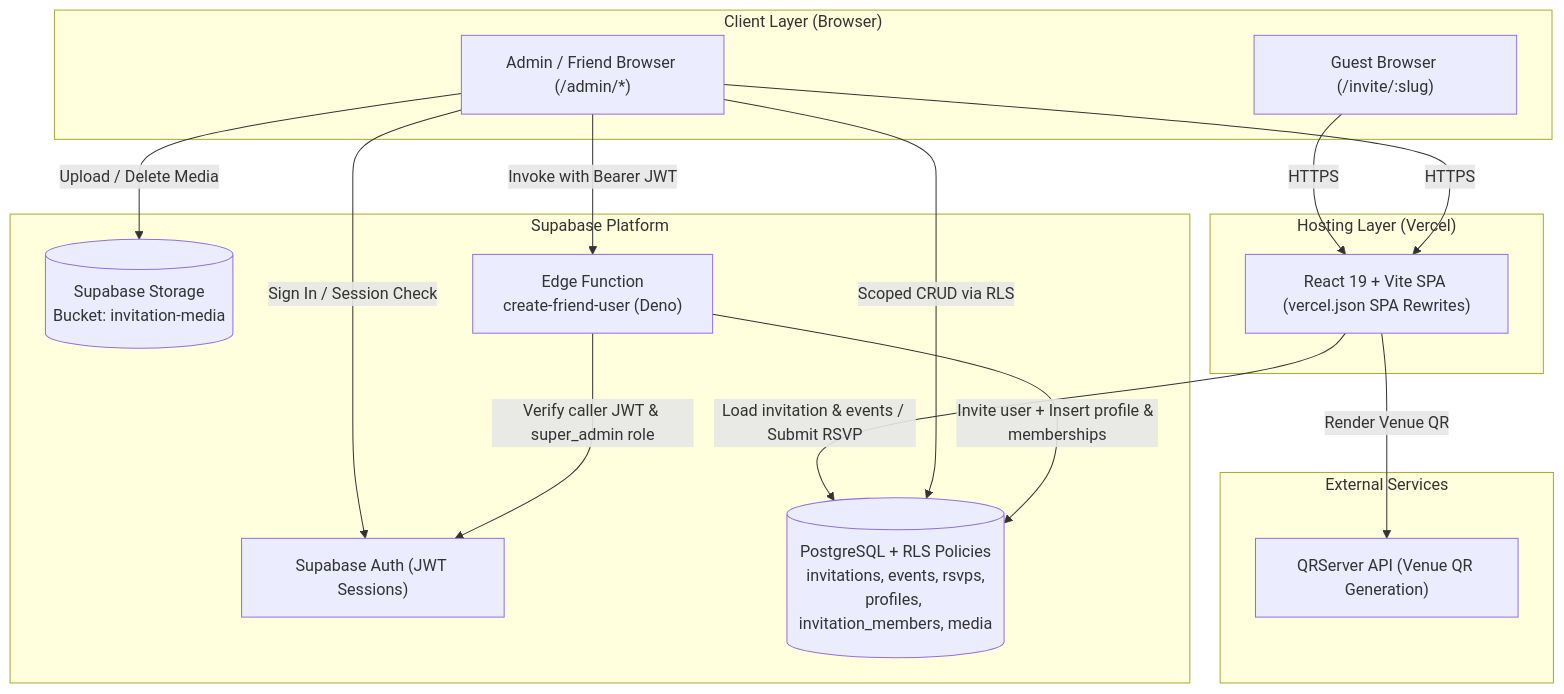
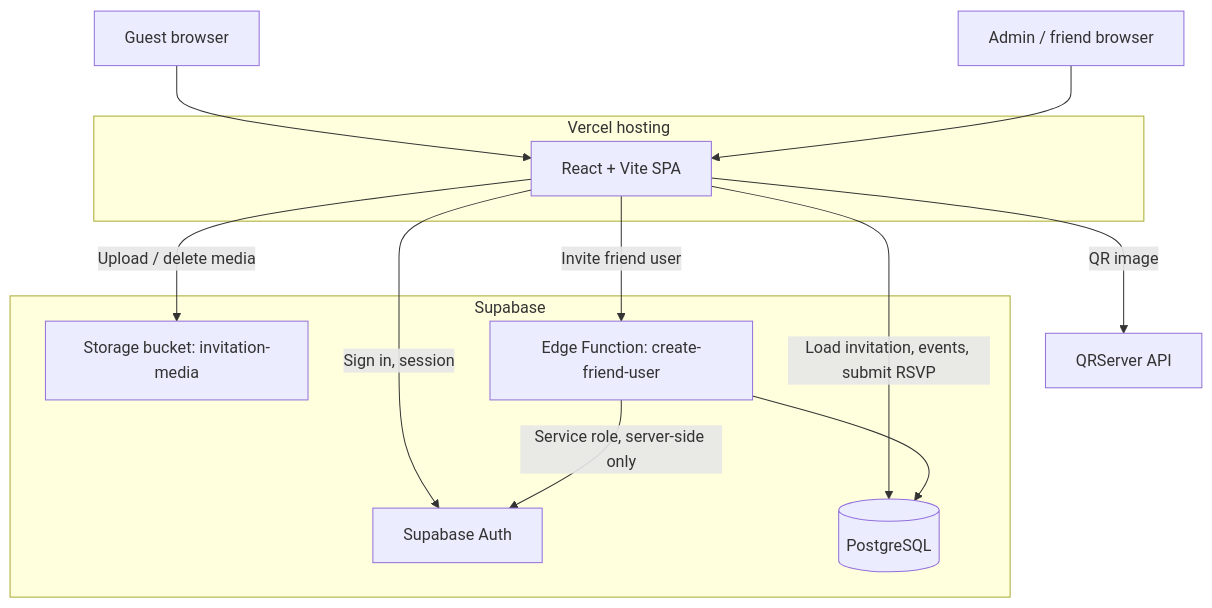
One commit to akramiyi/nikah-invitation changed the first of 2 diagrams in README.md. Above: the diagram before and after it, drawn with Mermaid. The commit also changed other lines of this file, not shown here.

````diff
--- a/README.md
+++ b/README.md
@@ -181,33 +138,28 @@
 ```mermaid
 flowchart TB
-    subgraph Clients["Client Layer (Browser)"]
-        Guest["Guest Browser (/invite/:slug)"]
-        Admin["Admin / Friend Browser (/admin/*)"]
+    Guest["Guest browser"]
+    Admin["Admin / friend browser"]
+
+    subgraph Vercel["Vercel hosting"]
+        SPA["React + Vite SPA"]
     end
 
-    subgraph Hosting["Hosting Layer (Vercel)"]
-        SPA["React 19 + Vite SPA (vercel.json SPA Rewrites)"]
+    subgraph Supabase["Supabase"]
+        Auth["Supabase Auth"]
+        DB[("PostgreSQL")]
+        Storage["Storage bucket: invitation-media"]
+        Edge["Edge Function: create-friend-user"]
     end
 
-    subgraph External["External Services"]
-        QR["QRServer API (Venue QR Generation)"]
-    end
+    QR["QRServer API"]
 
-    subgraph Supabase["Supabase Platform"]
-        Auth["Supabase Auth (JWT Sessions)"]
-        DB[("PostgreSQL + RLS Policies\ninvitations, events, rsvps,\nprofiles, invitation_members, media")]
-        Storage[("Supabase Storage\nBucket: invitation-media")]
-        Edge["Edge Function\ncreate-friend-user (Deno)"]
-    end
-
-    Guest -->|HTTPS| SPA
-    Admin -->|HTTPS| SPA
-    SPA -->|Load invitation & events / Submit RSVP| DB
-    SPA -->|Render Venue QR| QR
-    Admin -->|Sign In / Session Check| Auth
-    Admin -->|Scoped CRUD via RLS| DB
-    Admin -->|Upload / Delete Media| Storage
-    Admin -->|Invoke with Bearer JWT| Edge
-    Edge -->|Verify caller JWT & super_admin role| Auth
-    Edge -->|Invite user + Insert profile & memberships| DB
+    Guest --> SPA
+    Admin --> SPA
+    SPA -->|"Load invitation, events, submit RSVP"| DB
+    SPA -->|"Sign in, session"| Auth
+    SPA -->|"Upload / delete media"| Storage
+    SPA -->|"Invite friend user"| Edge
+    Edge -->|"Service role, server-side only"| Auth
+    Edge --> DB
+    SPA -->|"QR image"| QR
 ```
````
